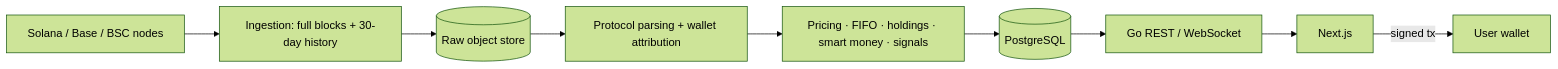
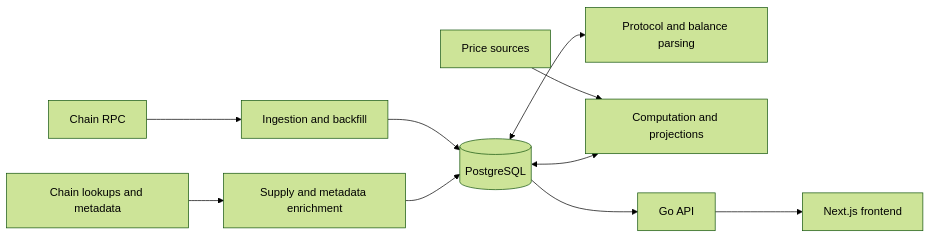
Before and after one commit to YYZ-coder/meme-radar-v0: the diagram in README.md, drawn with Mermaid (forest theme). The commit also changed other lines of this file and 1208 other files, not shown here.

````diff
--- a/README.md
+++ b/README.md
@@ -44,11 +25,12 @@
 ```mermaid
 flowchart LR
-    NODE["Solana / Base / BSC nodes"] --> COL["Ingestion: full blocks + 30-day history"]
-    COL --> RAW[("Raw object store")]
-    RAW --> PAR["Protocol parsing + wallet attribution"]
-    PAR --> CALC["Pricing · FIFO · holdings · smart money · signals"]
-    CALC --> DB[("PostgreSQL")]
-    DB --> API["Go REST / WebSocket"]
-    API --> WEB["Next.js"]
-    WEB -->|signed tx| W["User wallet"]
+    RPC["Chain RPC"] --> IN["Ingestion and backfill"]
+    IN --> DB[("PostgreSQL")]
+    DB <--> PARSE["Protocol and balance parsing"]
+    PRICE["Price sources"] --> COMPUTE["Computation and projections"]
+    DB <--> COMPUTE
+    META["Chain lookups and metadata"] --> ENRICH["Supply and metadata enrichment"]
+    ENRICH --> DB
+    DB --> API["Go API"]
+    API --> WEB["Next.js frontend"]
 ```
````
